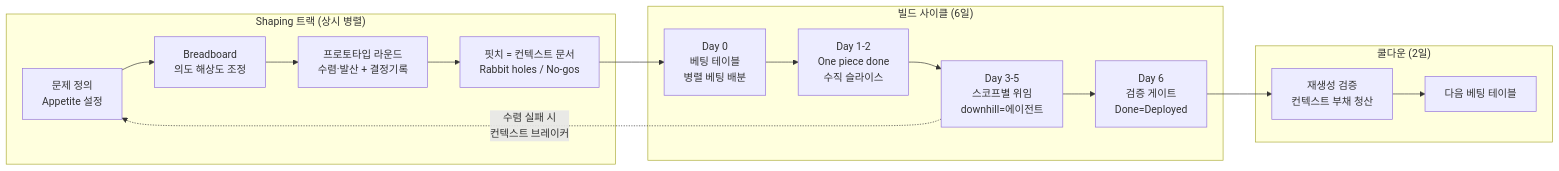
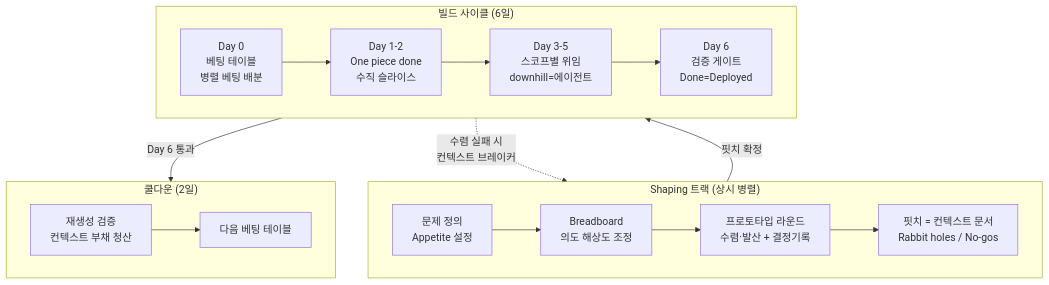
The diagram in docs/ko/cycle.md (roboco-io/vibe-driven-development-lifecycle), drawn with Mermaid before and after one commit. The commit also changed 3 other files, not shown here.

First line of the commit message:
fix: 사이클 다이어그램 세로 배치로 가독성 개선

````diff
--- a/docs/ko/cycle.md
+++ b/docs/ko/cycle.md
@@ -23,15 +23,18 @@
 ```mermaid
-flowchart LR
+flowchart TB
     subgraph SHAPING["Shaping 트랙 (상시 병렬)"]
+        direction LR
         S1["문제 정의<br/>Appetite 설정"] --> S2["Breadboard<br/>의도 해상도 조정"] --> SP["프로토타입 라운드<br/>수렴·발산 + 결정기록"] --> S3["핏치 = 컨텍스트 문서<br/>Rabbit holes / No-gos"]
     end
     subgraph CYCLE["빌드 사이클 (6일)"]
+        direction LR
         B0["Day 0<br/>베팅 테이블<br/>병렬 베팅 배분"] --> B1["Day 1-2<br/>One piece done<br/>수직 슬라이스"] --> B2["Day 3-5<br/>스코프별 위임<br/>downhill=에이전트"] --> B3["Day 6<br/>검증 게이트<br/>Done=Deployed"]
     end
     subgraph COOL["쿨다운 (2일)"]
+        direction LR
         C1["재생성 검증<br/>컨텍스트 부채 청산"] --> C2["다음 베팅 테이블"]
     end
-    S3 --> B0
-    B3 --> C1
-    B2 -. "수렴 실패 시<br/>컨텍스트 브레이커" .-> S1
+    SHAPING -->|"핏치 확정"| CYCLE
+    CYCLE -->|"Day 6 통과"| COOL
+    CYCLE -. "수렴 실패 시<br/>컨텍스트 브레이커" .-> SHAPING
 ```
````
